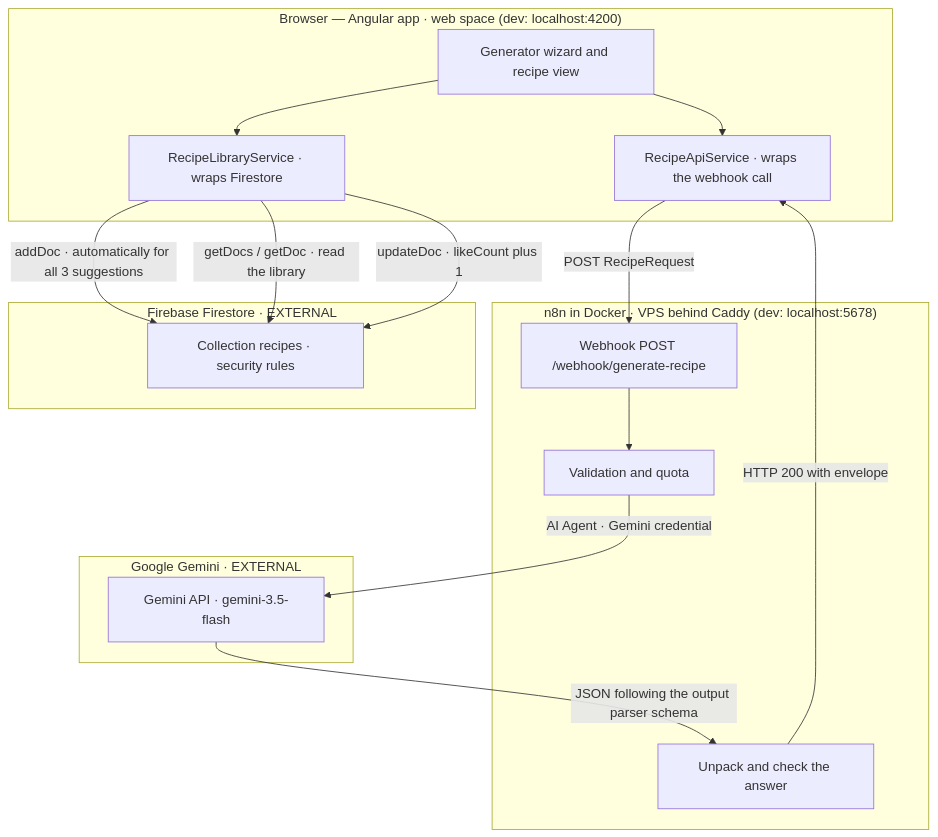
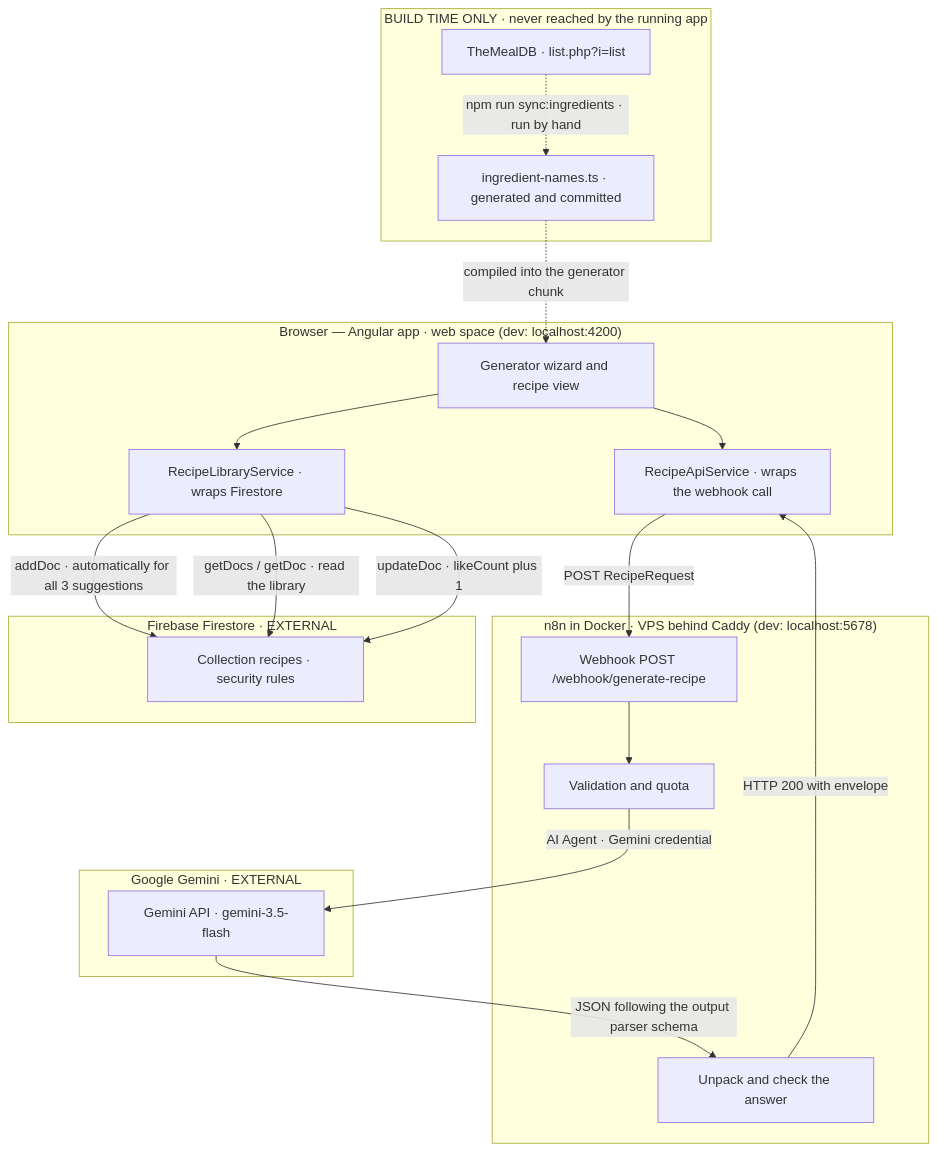
The diagram in docs/architecture.md (ttoebbe/code-a-cuisine), drawn with Mermaid before and after one commit. The commit also changed other lines of this file and 3 other files, not shown here.

Commit message:
fix: keep curated ingredients, document build-time sync

````diff
--- a/docs/architecture.md
+++ b/docs/architecture.md
@@ -7,35 +10,43 @@
 ```mermaid
 flowchart TB
   subgraph browser["Browser — Angular app · web space (dev: localhost:4200)"]
     ui["Generator wizard and recipe view"]
     apiSvc["RecipeApiService · wraps the webhook call"]
     libSvc["RecipeLibraryService · wraps Firestore"]
   end
 
   subgraph n8nbox["n8n in Docker · VPS behind Caddy (dev: localhost:5678)"]
     hook["Webhook POST /webhook/generate-recipe"]
     guard["Validation and quota"]
     mapai["Unpack and check the answer"]
   end
 
   subgraph google["Google Gemini · EXTERNAL"]
     gemini["Gemini API · gemini-3.5-flash"]
   end
 
   subgraph firebase["Firebase Firestore · EXTERNAL"]
     store["Collection recipes · security rules"]
   end
 
+  subgraph build["BUILD TIME ONLY · never reached by the running app"]
+    mealdb["TheMealDB · list.php?i=list"]
+    names["ingredient-names.ts · generated and committed"]
+  end
+
   ui --> apiSvc
   ui --> libSvc
 
   apiSvc -- "POST RecipeRequest" --> hook
   hook --> guard
   guard -- "AI Agent · Gemini credential" --> gemini
   gemini -- "JSON following the output parser schema" --> mapai
   mapai -- "HTTP 200 with envelope" --> apiSvc
 
   libSvc -- "addDoc · automatically for all 3 suggestions" --> store
   libSvc -- "getDocs / getDoc · read the library" --> store
   libSvc -- "updateDoc · likeCount plus 1" --> store
+
+  mealdb -. "npm run sync:ingredients · run by hand" .-> names
+  names -. "compiled into the generator chunk" .-> ui
 ```
````
